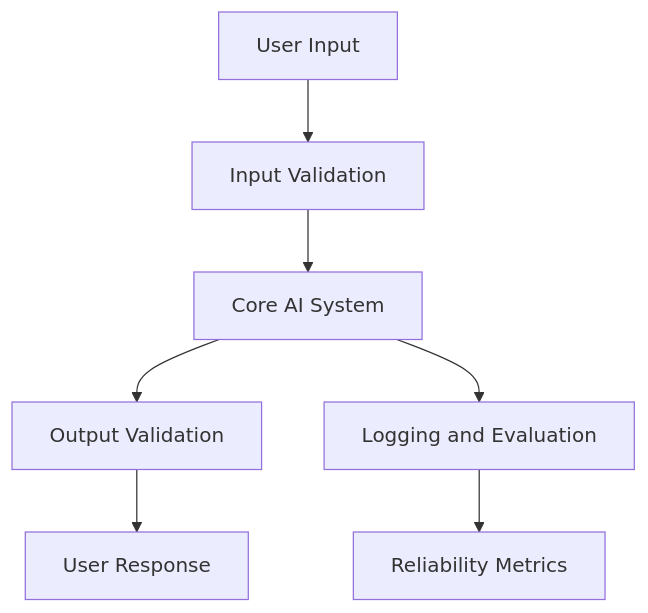
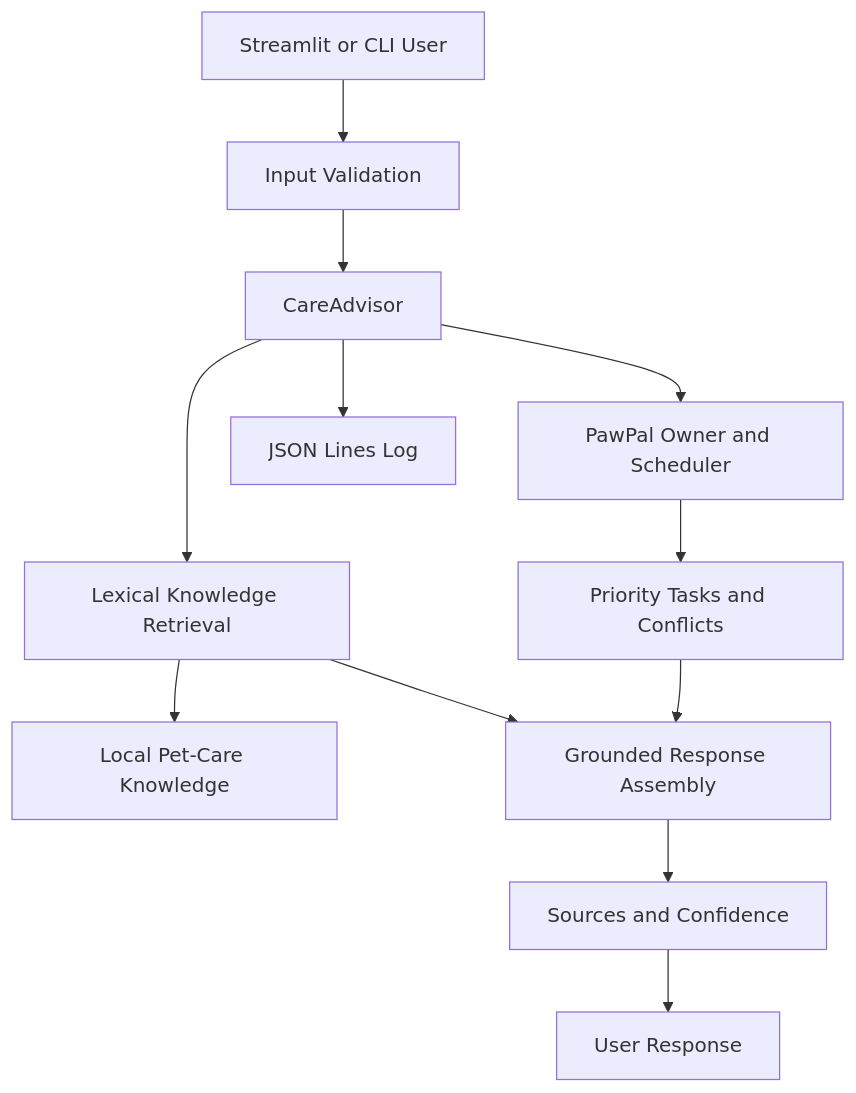
One commit to Gbemiga04/applied-ai-system-project changed the diagram in diagrams/architecture.mmd. Above: the diagram before and after it, drawn with Mermaid. The commit also changed 10 other files, not shown here.

Commit message:
Add RAG care-plan advisor and reliability evidence

```diff
--- a/diagrams/architecture.mmd
+++ b/diagrams/architecture.mmd
@@ -1,7 +1,12 @@
 flowchart TD
-    A[User Input] --> B[Input Validation]
-    B --> C[Core AI System]
-    C --> D[Output Validation]
-    D --> E[User Response]
-    C --> F[Logging and Evaluation]
-    F --> G[Reliability Metrics]
+    A[Streamlit or CLI User] --> B[Input Validation]
+    B --> C[CareAdvisor]
+    C --> D[Lexical Knowledge Retrieval]
+    D --> E[Local Pet-Care Knowledge]
+    C --> F[PawPal Owner and Scheduler]
+    F --> G[Priority Tasks and Conflicts]
+    D --> H[Grounded Response Assembly]
+    G --> H
+    H --> I[Sources and Confidence]
+    I --> J[User Response]
+    C --> K[JSON Lines Log]
```
